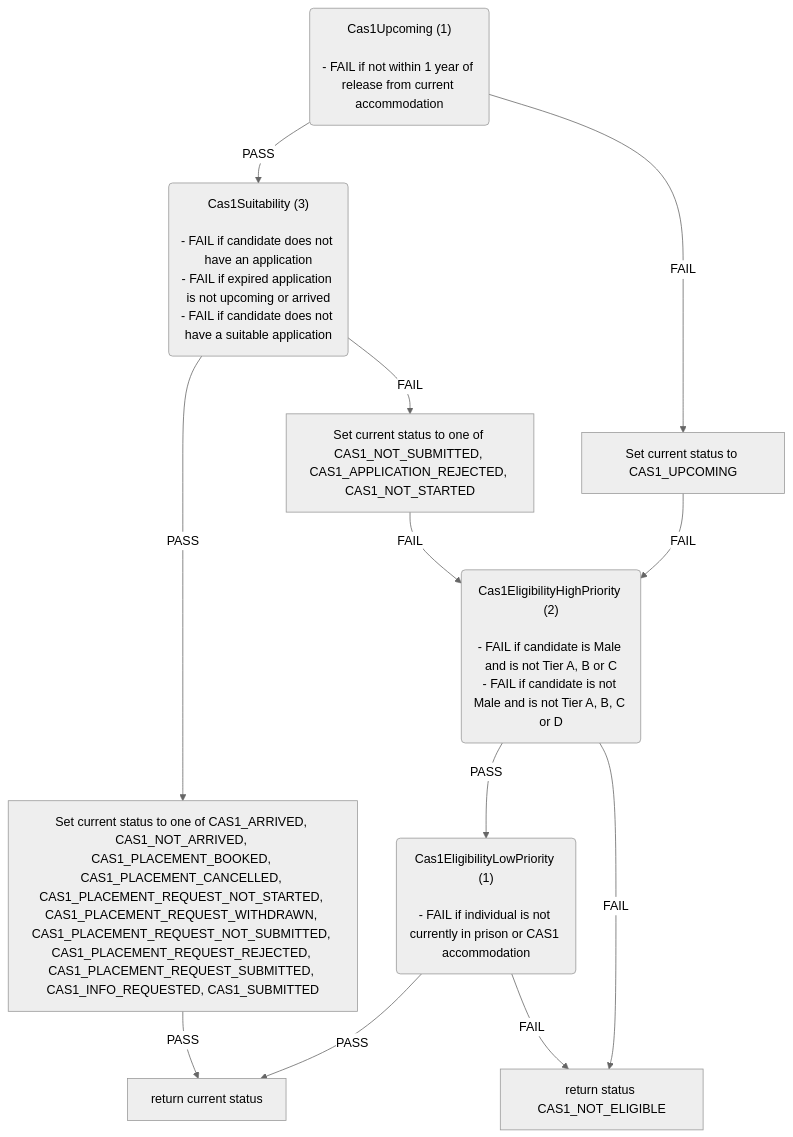
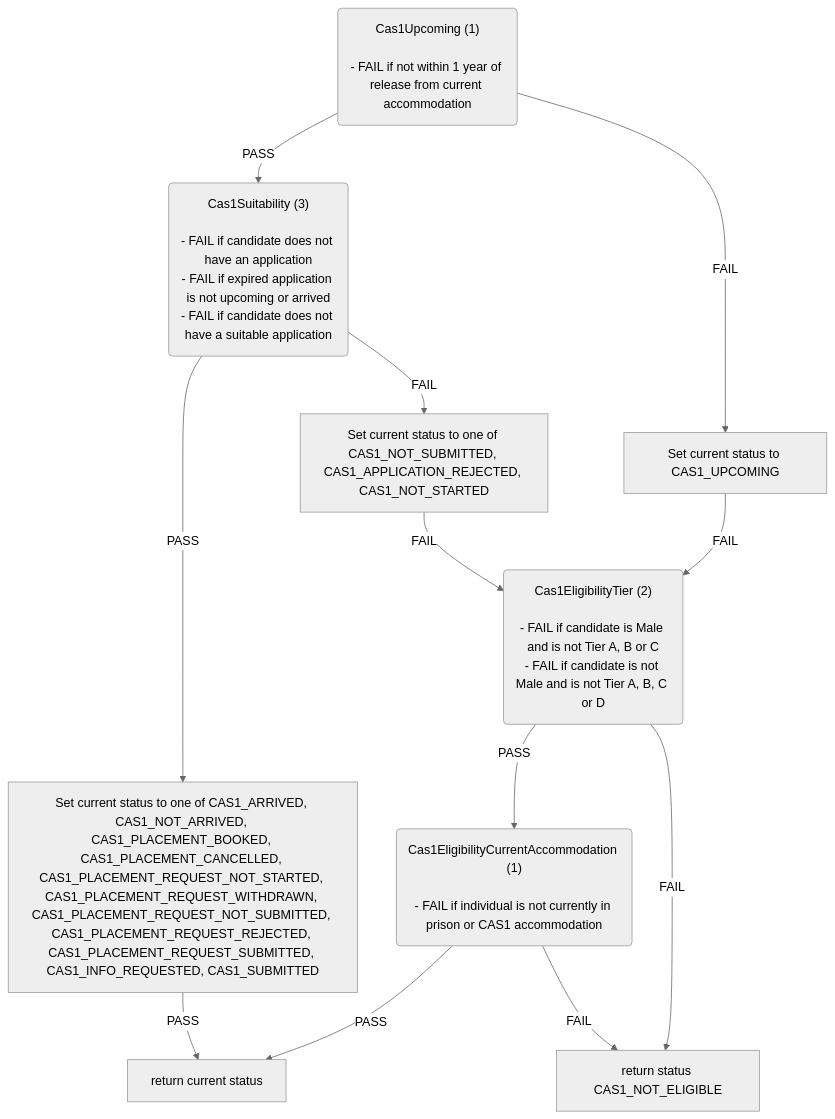
One commit to ministryofjustice/hmpps-single-accommodation-service-api changed the first of 6 diagrams in docs/eligibility-rules-graph.md. Above: the diagram before and after it, drawn with Mermaid (neutral theme). The commit also changed other lines of this file and 24 other files, not shown here.

Commit message:
chore/poc-split-priority-eligibility-rules

````diff
--- a/docs/eligibility-rules-graph.md
+++ b/docs/eligibility-rules-graph.md
@@ -9,34 +9,34 @@
 ```mermaid
 flowchart TD
   Cas1Upcoming("Cas1Upcoming (1)
 
 - FAIL if not within 1 year of release from current accommodation")
   Cas1Suitability("Cas1Suitability (3)
 
 - FAIL if candidate does not have an application
 - FAIL if expired application is not upcoming or arrived
 - FAIL if candidate does not have a suitable application")
   Set_current_status_to_one_of_CAS1_ARRIVED__CAS1_NOT_ARRIVED__CAS1_PLACEMENT_BOOKED__CAS1_PLACEMENT_CANCELLED__CAS1_PLACEMENT_REQUEST_NOT_STARTED__CAS1_PLACEMENT_REQUEST_WITHDRAWN__CAS1_PLACEMENT_REQUEST_NOT_SUBMITTED__CAS1_PLACEMENT_REQUEST_REJECTED__CAS1_PLACEMENT_REQUEST_SUBMITTED__CAS1_INFO_REQUESTED__CAS1_SUBMITTED["Set current status to one of CAS1_ARRIVED, CAS1_NOT_ARRIVED, CAS1_PLACEMENT_BOOKED, CAS1_PLACEMENT_CANCELLED, CAS1_PLACEMENT_REQUEST_NOT_STARTED, CAS1_PLACEMENT_REQUEST_WITHDRAWN, CAS1_PLACEMENT_REQUEST_NOT_SUBMITTED, CAS1_PLACEMENT_REQUEST_REJECTED, CAS1_PLACEMENT_REQUEST_SUBMITTED, CAS1_INFO_REQUESTED, CAS1_SUBMITTED"]
   return_current_status["return current status"]
   Set_current_status_to_one_of_CAS1_NOT_SUBMITTED__CAS1_APPLICATION_REJECTED__CAS1_NOT_STARTED["Set current status to one of CAS1_NOT_SUBMITTED, CAS1_APPLICATION_REJECTED, CAS1_NOT_STARTED"]
-  Cas1EligibilityHighPriority("Cas1EligibilityHighPriority (2)
+  Cas1EligibilityTier("Cas1EligibilityTier (2)
 
 - FAIL if candidate is Male and is not Tier A, B or C
 - FAIL if candidate is not Male and is not Tier A, B, C or D")
-  Cas1EligibilityLowPriority("Cas1EligibilityLowPriority (1)
+  Cas1EligibilityCurrentAccommodation("Cas1EligibilityCurrentAccommodation (1)
 
 - FAIL if individual is not currently in prison or CAS1 accommodation")
   return_status_CAS1_NOT_ELIGIBLE["return status CAS1_NOT_ELIGIBLE"]
   Set_current_status_to_CAS1_UPCOMING["Set current status to CAS1_UPCOMING"]
   Cas1Suitability -->|PASS| Set_current_status_to_one_of_CAS1_ARRIVED__CAS1_NOT_ARRIVED__CAS1_PLACEMENT_BOOKED__CAS1_PLACEMENT_CANCELLED__CAS1_PLACEMENT_REQUEST_NOT_STARTED__CAS1_PLACEMENT_REQUEST_WITHDRAWN__CAS1_PLACEMENT_REQUEST_NOT_SUBMITTED__CAS1_PLACEMENT_REQUEST_REJECTED__CAS1_PLACEMENT_REQUEST_SUBMITTED__CAS1_INFO_REQUESTED__CAS1_SUBMITTED
   Set_current_status_to_one_of_CAS1_ARRIVED__CAS1_NOT_ARRIVED__CAS1_PLACEMENT_BOOKED__CAS1_PLACEMENT_CANCELLED__CAS1_PLACEMENT_REQUEST_NOT_STARTED__CAS1_PLACEMENT_REQUEST_WITHDRAWN__CAS1_PLACEMENT_REQUEST_NOT_SUBMITTED__CAS1_PLACEMENT_REQUEST_REJECTED__CAS1_PLACEMENT_REQUEST_SUBMITTED__CAS1_INFO_REQUESTED__CAS1_SUBMITTED -->|PASS| return_current_status
   Cas1Suitability -->|FAIL| Set_current_status_to_one_of_CAS1_NOT_SUBMITTED__CAS1_APPLICATION_REJECTED__CAS1_NOT_STARTED
-  Cas1EligibilityLowPriority -->|PASS| return_current_status
-  Cas1EligibilityLowPriority -->|FAIL| return_status_CAS1_NOT_ELIGIBLE
-  Cas1EligibilityHighPriority -->|PASS| Cas1EligibilityLowPriority
-  Cas1EligibilityHighPriority -->|FAIL| return_status_CAS1_NOT_ELIGIBLE
-  Set_current_status_to_one_of_CAS1_NOT_SUBMITTED__CAS1_APPLICATION_REJECTED__CAS1_NOT_STARTED -->|FAIL| Cas1EligibilityHighPriority
+  Cas1EligibilityCurrentAccommodation -->|PASS| return_current_status
+  Cas1EligibilityCurrentAccommodation -->|FAIL| return_status_CAS1_NOT_ELIGIBLE
+  Cas1EligibilityTier -->|PASS| Cas1EligibilityCurrentAccommodation
+  Cas1EligibilityTier -->|FAIL| return_status_CAS1_NOT_ELIGIBLE
+  Set_current_status_to_one_of_CAS1_NOT_SUBMITTED__CAS1_APPLICATION_REJECTED__CAS1_NOT_STARTED -->|FAIL| Cas1EligibilityTier
   Cas1Upcoming -->|PASS| Cas1Suitability
   Cas1Upcoming -->|FAIL| Set_current_status_to_CAS1_UPCOMING
-  Set_current_status_to_CAS1_UPCOMING -->|FAIL| Cas1EligibilityHighPriority
+  Set_current_status_to_CAS1_UPCOMING -->|FAIL| Cas1EligibilityTier
 ```
````
